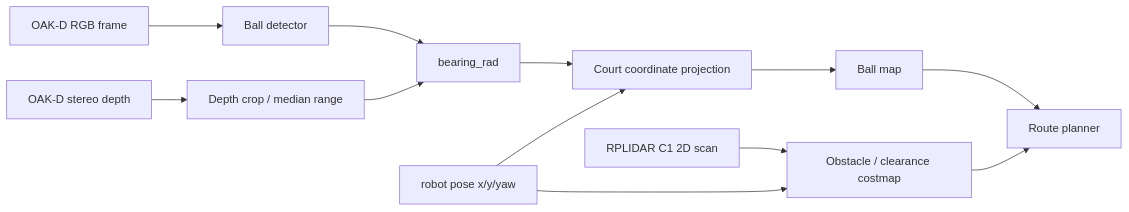
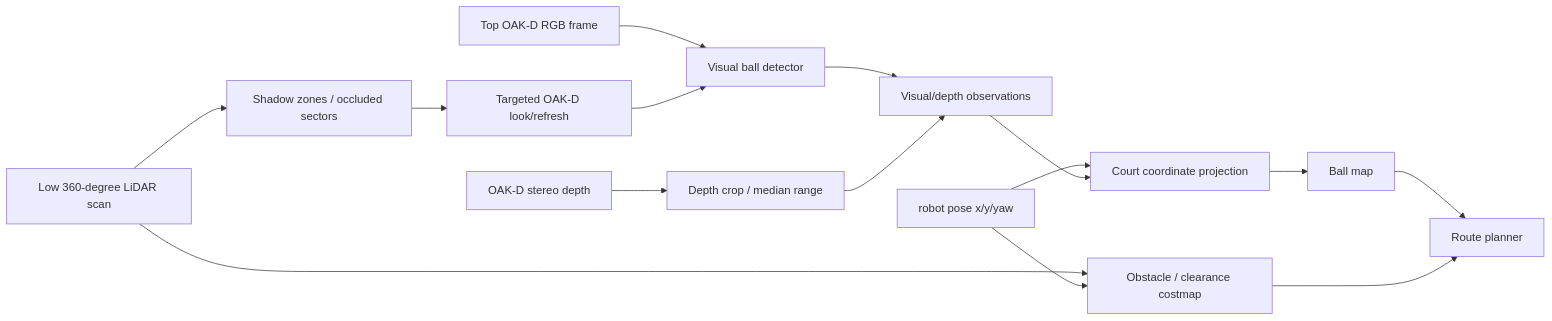
The second of 4 diagrams in docs/half-court-scan-route-overview-el.md (zthanos/tennis-robot), drawn with Mermaid before and after one commit. The commit also changed other lines of this file and 25 other files, not shown here.

````diff
--- a/docs/half-court-scan-route-overview-el.md
+++ b/docs/half-court-scan-route-overview-el.md
@@ -55,14 +55,17 @@
 ```mermaid
 flowchart LR
-    RGB["OAK-D RGB frame"] --> DET["Ball detector"]
+    LIDAR["Low 360-degree LiDAR scan"] --> COST["Obstacle / clearance costmap"]
+    LIDAR --> SHADOW["Shadow zones / occluded sectors"]
+    RGB["Top OAK-D RGB frame"] --> DET["Visual ball detector"]
     DEPTH["OAK-D stereo depth"] --> RANGE["Depth crop / median range"]
-    DET --> OBS["bearing_rad"]
-    RANGE --> OBS
+    DET --> VOBS["Visual/depth observations"]
+    RANGE --> VOBS
+    SHADOW --> LOOK["Targeted OAK-D look/refresh"]
+    LOOK --> DET
     POSE["robot pose x/y/yaw"] --> WORLD["Court coordinate projection"]
-    OBS --> WORLD
+    VOBS --> WORLD
     WORLD --> MAP["Ball map"]
-    LIDAR["RPLIDAR C1 2D scan"] --> COST["Obstacle / clearance costmap"]
     POSE --> COST
     MAP --> ROUTE["Route planner"]
     COST --> ROUTE
 ```
````
